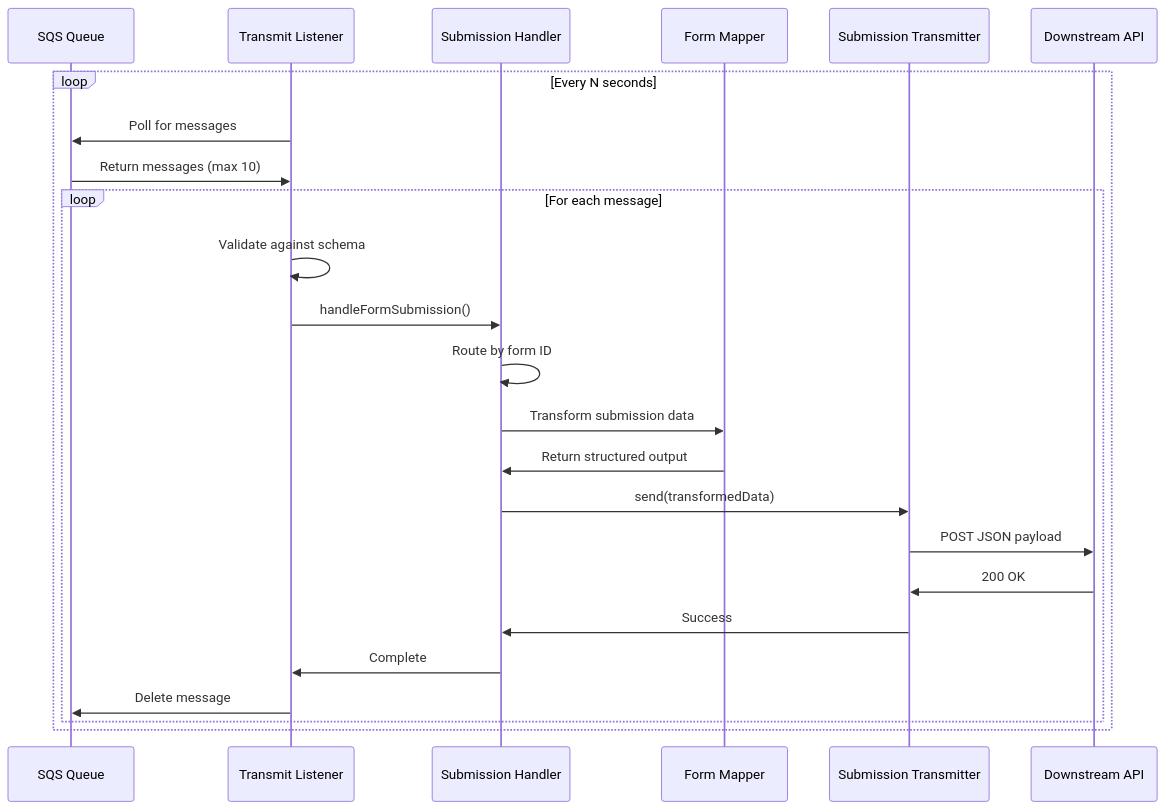
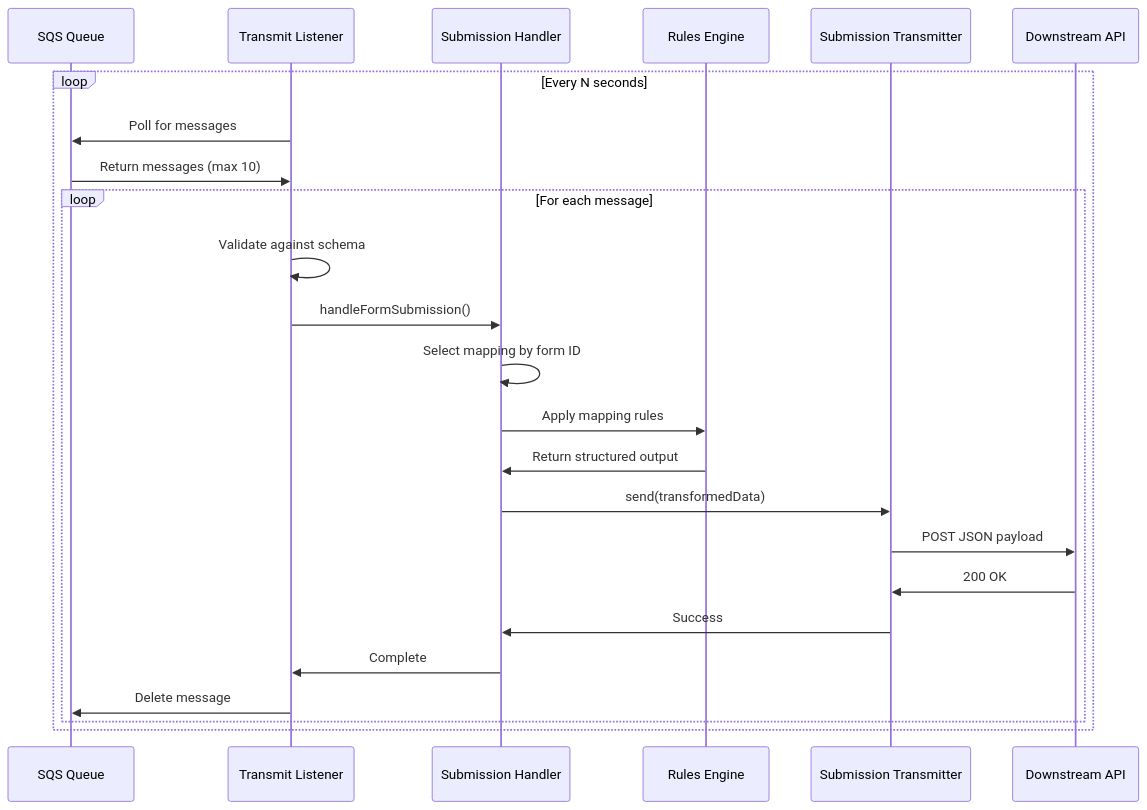
One commit to DEFRA/forms-newls-cwt-listener changed the second of 4 diagrams in docs/02-architecture.md. Above: the diagram before and after it, drawn with Mermaid. The commit also changed other lines of this file and 40 other files, not shown here.

````diff
--- a/docs/02-architecture.md
+++ b/docs/02-architecture.md
@@ -25,28 +25,28 @@
 ```mermaid
 sequenceDiagram
     participant Queue as SQS Queue
     participant Listener as Transmit Listener
     participant Handler as Submission Handler
-    participant Mapper as Form Mapper
+    participant Engine as Rules Engine
     participant Transmitter as Submission Transmitter
     participant API as Downstream API
 
     loop Every N seconds
         Listener->>Queue: Poll for messages
         Queue->>Listener: Return messages (max 10)
 
         loop For each message
             Listener->>Listener: Validate against schema
             Listener->>Handler: handleFormSubmission()
-            Handler->>Handler: Route by form ID
-            Handler->>Mapper: Transform submission data
-            Mapper->>Handler: Return structured output
+            Handler->>Handler: Select mapping by form ID
+            Handler->>Engine: Apply mapping rules
+            Engine->>Handler: Return structured output
             Handler->>Transmitter: send(transformedData)
             Transmitter->>API: POST JSON payload
             API->>Transmitter: 200 OK
             Transmitter->>Handler: Success
             Handler->>Listener: Complete
             Listener->>Queue: Delete message
         end
     end
 ```
````
